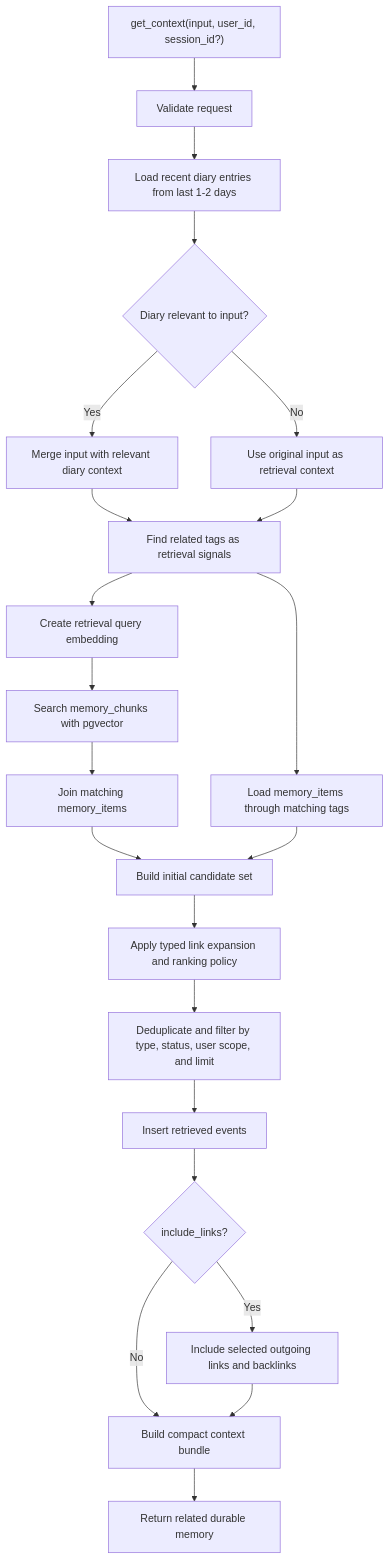
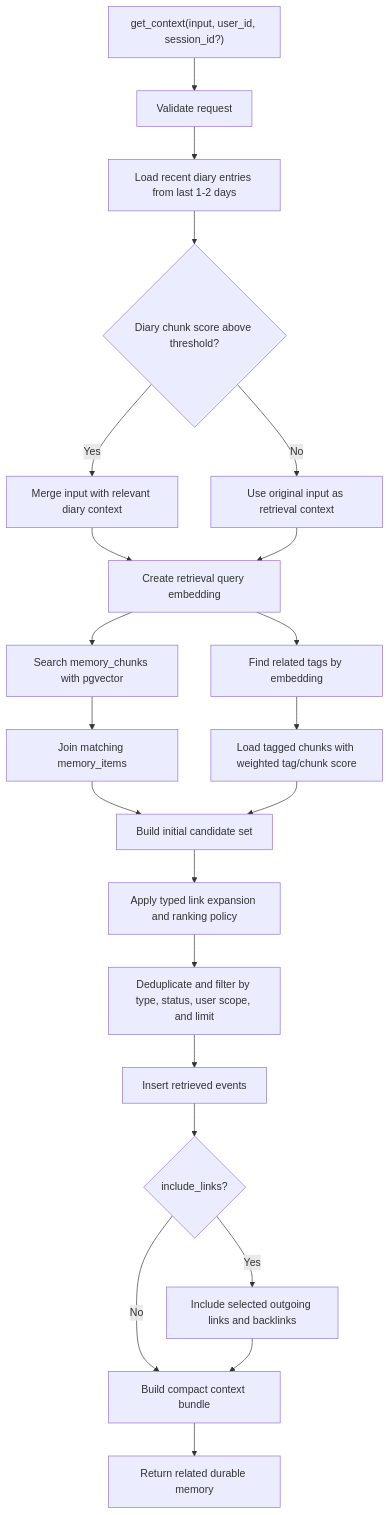
The second of 9 diagrams in docs/lifecycle.md (Oceankj/second_brain), drawn with Mermaid before and after one commit. The commit also changed other lines of this file and 19 other files, not shown here.

Commit message:
Add embedding-based diary and tag retrieval

````diff
--- a/docs/lifecycle.md
+++ b/docs/lifecycle.md
@@ -18,28 +18,28 @@
 ```mermaid
 flowchart TD
   request["get_context(input, user_id, session_id?)"] --> validate["Validate request"]
   validate --> recentDiary["Load recent diary entries from last 1-2 days"]
-  recentDiary --> diaryRelevant{"Diary relevant to input?"}
+  recentDiary --> diaryRelevant{"Diary chunk score above threshold?"}
   diaryRelevant -- "Yes" --> mergeDiary["Merge input with relevant diary context"]
   diaryRelevant -- "No" --> baseContext["Use original input as retrieval context"]
 
-  mergeDiary --> tagHints["Find related tags as retrieval signals"]
-  baseContext --> tagHints
-  tagHints --> embedQuery["Create retrieval query embedding"]
-  tagHints --> tagCandidates["Load memory_items through matching tags"]
+  mergeDiary --> embedQuery["Create retrieval query embedding"]
+  baseContext --> embedQuery
+  embedQuery --> tagHints["Find related tags by embedding"]
+  tagHints --> tagCandidates["Load tagged chunks with weighted tag/chunk score"]
 
   embedQuery --> searchChunks["Search memory_chunks with pgvector"]
   searchChunks --> joinItems["Join matching memory_items"]
   joinItems --> seedSet["Build initial candidate set"]
   tagCandidates --> seedSet
   seedSet --> linkPolicy["Apply typed link expansion and ranking policy"]
   linkPolicy --> filterItems["Deduplicate and filter by type, status, user scope, and limit"]
   filterItems --> logRetrieval["Insert retrieved events"]
   logRetrieval --> includeLinks{"include_links?"}
 
   includeLinks -- "Yes" --> loadLinks["Include selected outgoing links and backlinks"]
   includeLinks -- "No" --> compact["Build compact context bundle"]
   loadLinks --> compact
 
   compact --> response["Return related durable memory"]
 ```
````
